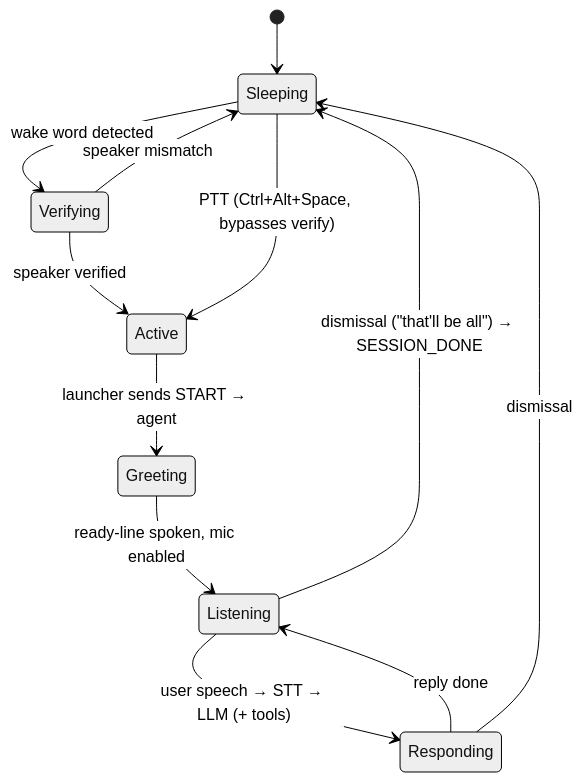
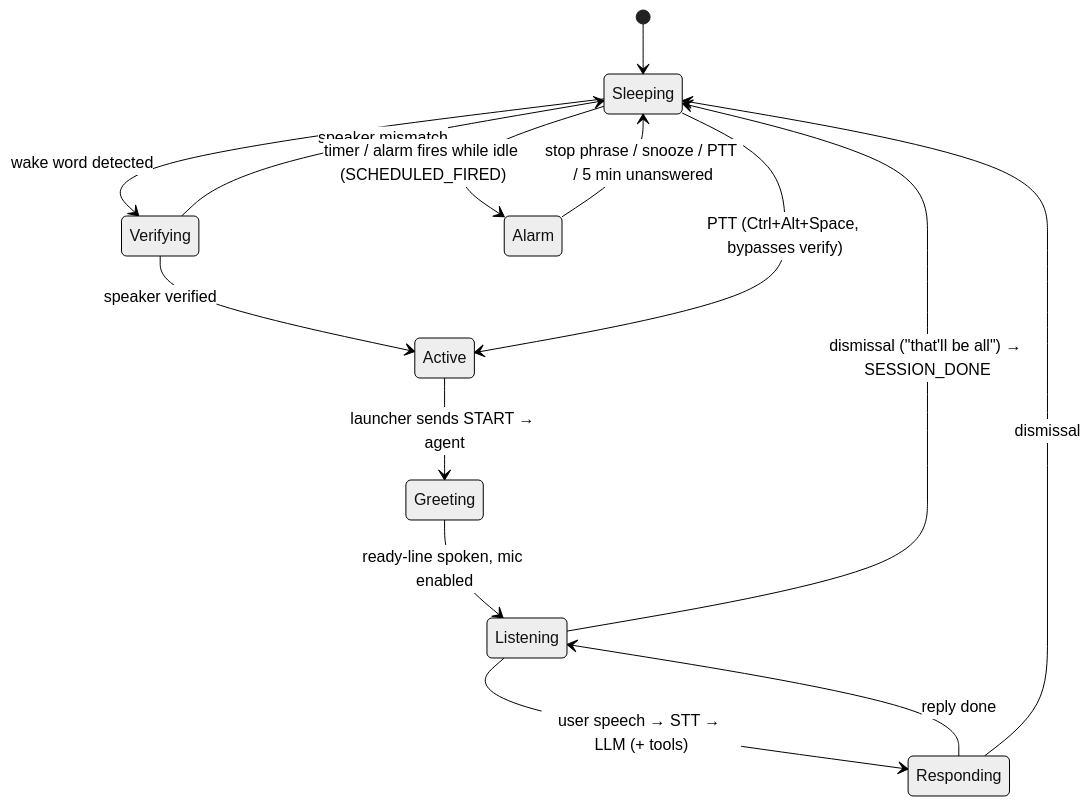
Before and after one commit to shivanshpayak/friday-tony-stark-demo: the third of 10 diagrams in ARCHITECTURE.md, drawn with Mermaid (neutral theme). The commit also changed other lines of this file and 41 other files, not shown here.

````diff
--- a/ARCHITECTURE.md
+++ b/ARCHITECTURE.md
@@ -112,14 +112,16 @@
 ```mermaid
 stateDiagram-v2
     [*] --> Sleeping
     Sleeping --> Verifying: wake word detected
     Verifying --> Sleeping: speaker mismatch
     Verifying --> Active: speaker verified
     Sleeping --> Active: PTT (Ctrl+Alt+Space, bypasses verify)
     Active --> Greeting: launcher sends START → agent
     Greeting --> Listening: ready-line spoken, mic enabled
     Listening --> Responding: user speech → STT → LLM (+ tools)
     Responding --> Listening: reply done
     Listening --> Sleeping: dismissal ("that'll be all") → SESSION_DONE
     Responding --> Sleeping: dismissal
+    Sleeping --> Alarm: timer / alarm fires while idle (SCHEDULED_FIRED)
+    Alarm --> Sleeping: stop phrase / snooze / PTT / 5 min unanswered
 ```
````
